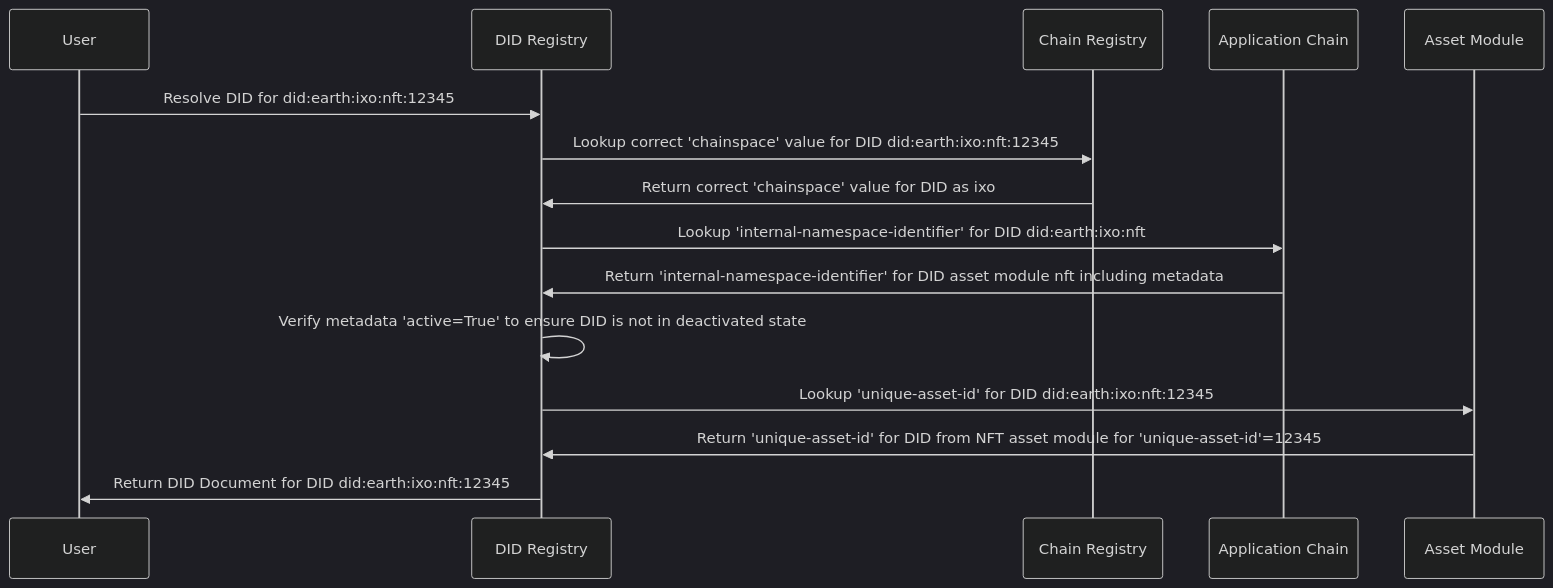
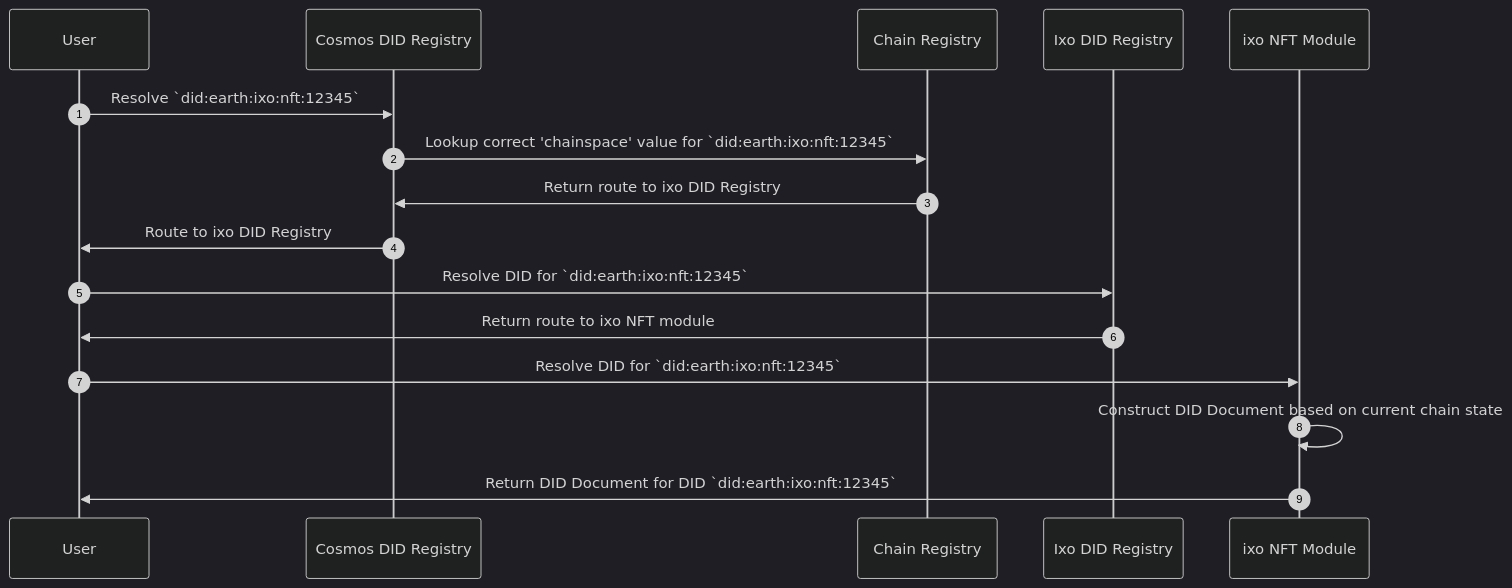
One commit to EarthProgram/did-earth changed the second of 3 diagrams in README.md. Above: the diagram before and after it, drawn with Mermaid (dark theme). The commit also changed other lines of this file, not shown here.

Commit message:
Updated read flow
Added autonumbering and used language referenced in the cosmos-cash discussion at https://github.com/allinbits/cosmos-cash/issues/339

````diff
--- a/README.md
+++ b/README.md
@@ -451,12 +451,13 @@
 ```mermaid
 sequenceDiagram
-User->>DID Registry: Resolve DID for did:earth:ixo:nft:12345
-DID Registry->>Chain Registry: Lookup correct 'chainspace' value for DID did:earth:ixo:nft:12345
-Chain Registry->>DID Registry: Return correct 'chainspace' value for DID as ixo
-DID Registry->>Application Chain: Lookup 'internal-namespace-identifier' for DID did:earth:ixo:nft
-Application Chain->> DID Registry: Return 'internal-namespace-identifier' for DID asset module nft including metadata
-DID Registry->>DID Registry: Verify metadata 'active=True' to ensure DID is not in deactivated state
-DID Registry->>Asset Module: Lookup 'unique-asset-id' for DID did:earth:ixo:nft:12345
-Asset Module->>DID Registry: Return 'unique-asset-id' for DID from NFT asset module for 'unique-asset-id'=12345
-DID Registry->>User: Return DID Document for DID did:earth:ixo:nft:12345
+autonumber
+User->>Cosmos DID Registry: Resolve `did:earth:ixo:nft:12345`
+Cosmos DID Registry->>Chain Registry: Lookup correct 'chainspace' value for `did:earth:ixo:nft:12345`
+Chain Registry->>Cosmos DID Registry: Return route to ixo DID Registry 
+Cosmos DID Registry->>User: Route to ixo DID Registry
+User->>Ixo DID Registry:  Resolve DID for `did:earth:ixo:nft:12345`
+Ixo DID Registry->>User : Return route to ixo NFT module
+User->>ixo NFT Module: Resolve DID for `did:earth:ixo:nft:12345`
+ixo NFT Module->>ixo NFT Module: Construct DID Document based on current chain state
+ixo NFT Module->>User: Return DID Document for DID `did:earth:ixo:nft:12345`
 ```
````
